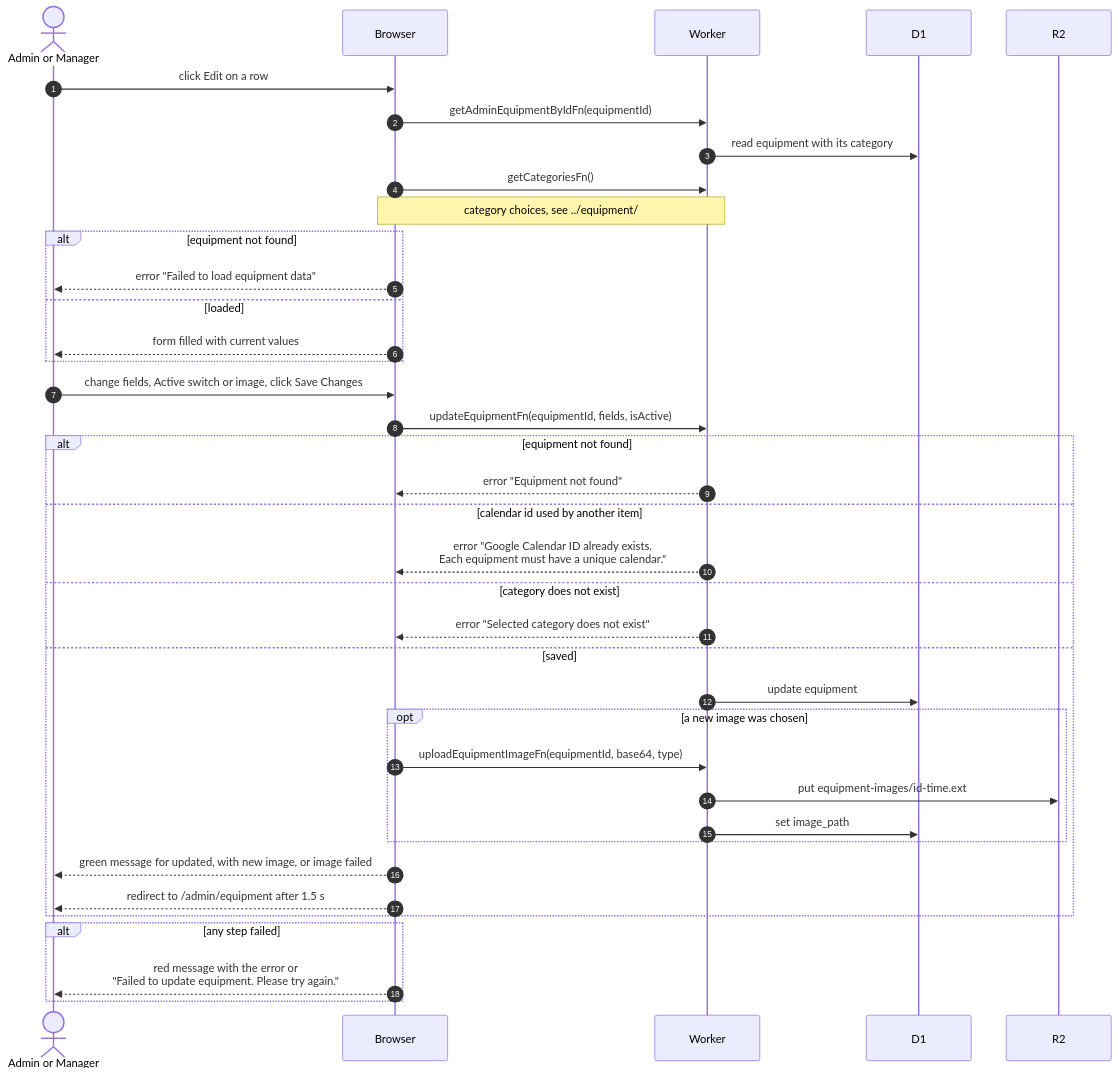
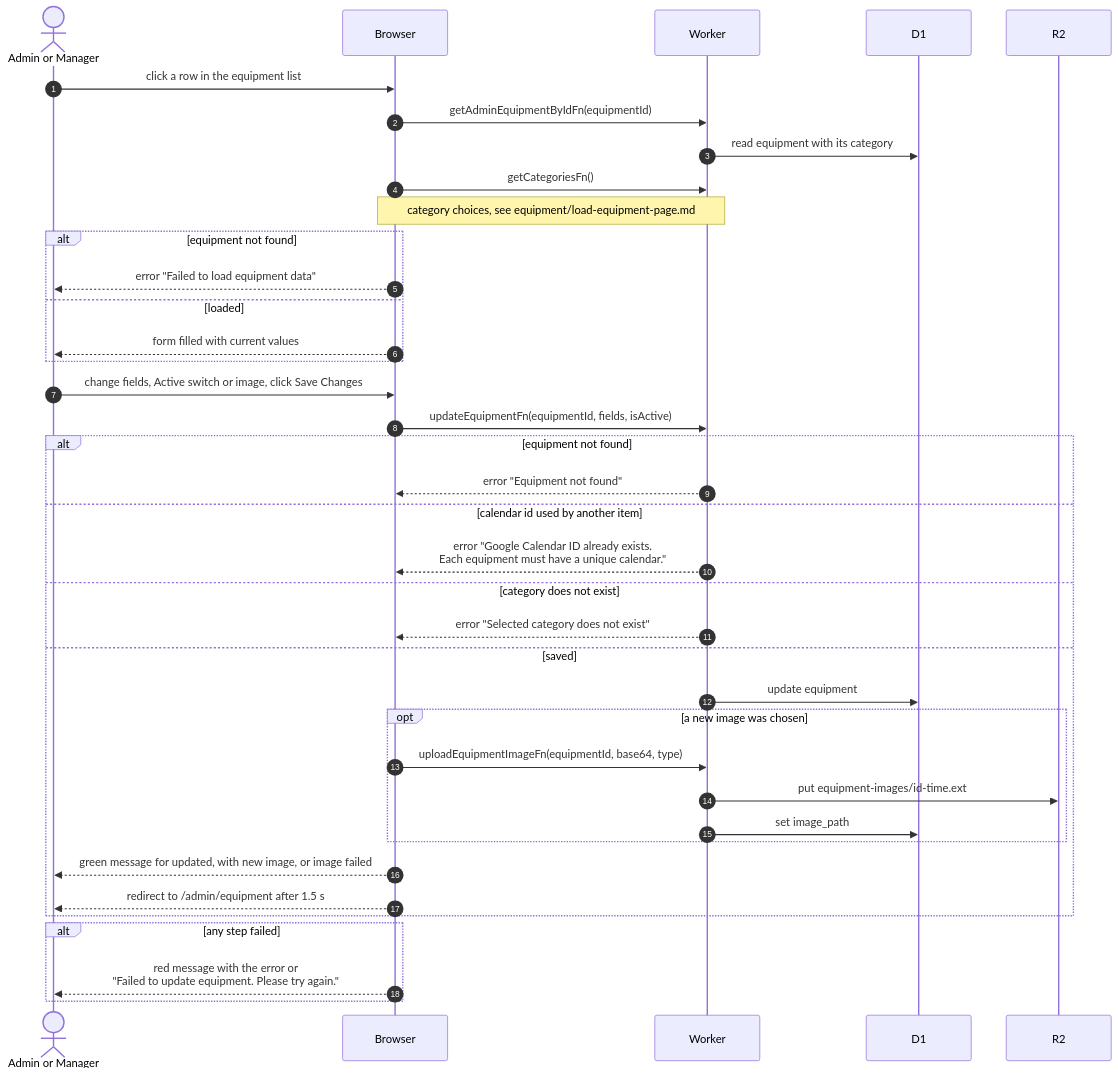
One commit to sagyzdop/meriksirat changed the diagram in docs/scenarios/admin/edit-equipment.md. Above: the diagram before and after it, drawn with Mermaid. The commit also changed other lines of this file and 24 other files, not shown here.

Commit message:
docs(scenarios): verify admin diagrams against the code

````diff
--- a/docs/scenarios/admin/edit-equipment.md
+++ b/docs/scenarios/admin/edit-equipment.md
@@ -14,41 +15,41 @@
 ```mermaid
 sequenceDiagram
     autonumber
     actor Person as Admin or Manager
     participant Browser
     participant Worker
     participant D1
     participant R2
 
-    Person->>Browser: click Edit on a row
+    Person->>Browser: click a row in the equipment list
     Browser->>Worker: getAdminEquipmentByIdFn(equipmentId)
     Worker->>D1: read equipment with its category
     Browser->>Worker: getCategoriesFn()
-    Note over Browser,Worker: category choices, see ../equipment/
+    Note over Browser,Worker: category choices, see equipment/load-equipment-page.md
     alt equipment not found
         Browser-->>Person: error "Failed to load equipment data"
     else loaded
         Browser-->>Person: form filled with current values
     end
     Person->>Browser: change fields, Active switch or image, click Save Changes
     Browser->>Worker: updateEquipmentFn(equipmentId, fields, isActive)
     alt equipment not found
         Worker-->>Browser: error "Equipment not found"
     else calendar id used by another item
         Worker-->>Browser: error "Google Calendar ID already exists.<br/>Each equipment must have a unique calendar."
     else category does not exist
         Worker-->>Browser: error "Selected category does not exist"
     else saved
         Worker->>D1: update equipment
         opt a new image was chosen
             Browser->>Worker: uploadEquipmentImageFn(equipmentId, base64, type)
             Worker->>R2: put equipment-images/id-time.ext
             Worker->>D1: set image_path
         end
         Browser-->>Person: green message for updated, with new image, or image failed
         Browser-->>Person: redirect to /admin/equipment after 1.5 s
     end
     alt any step failed
         Browser-->>Person: red message with the error or<br/>"Failed to update equipment. Please try again."
     end
 ```
````
